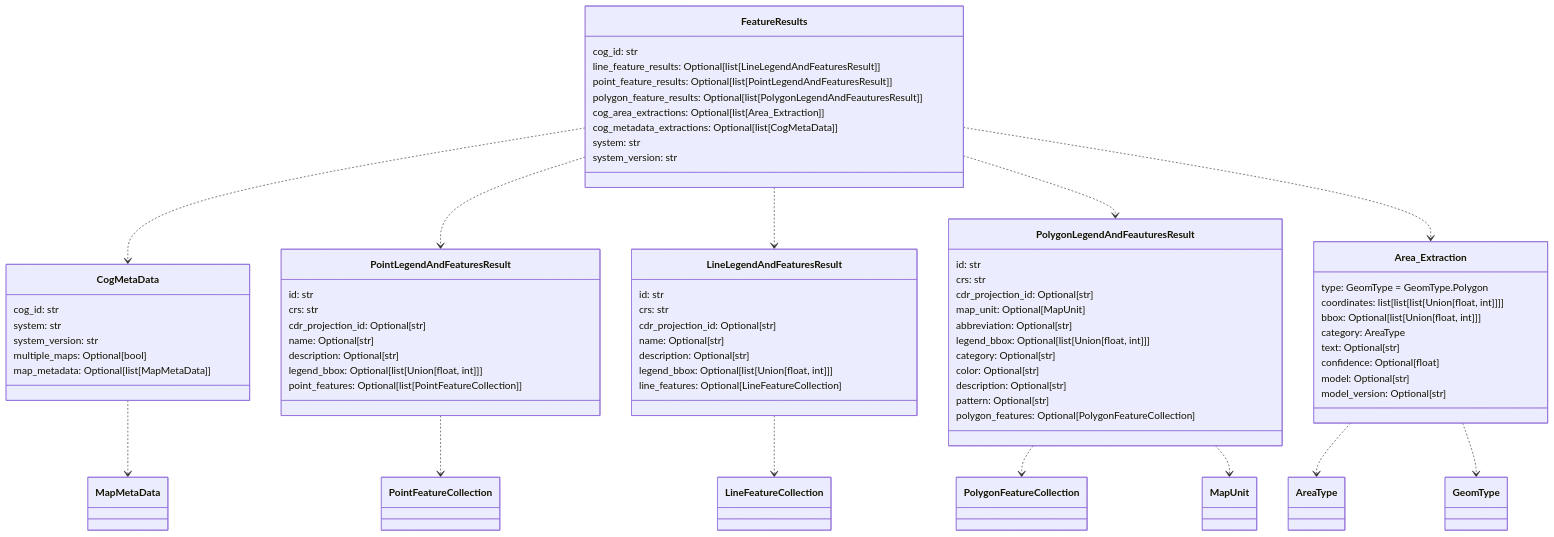
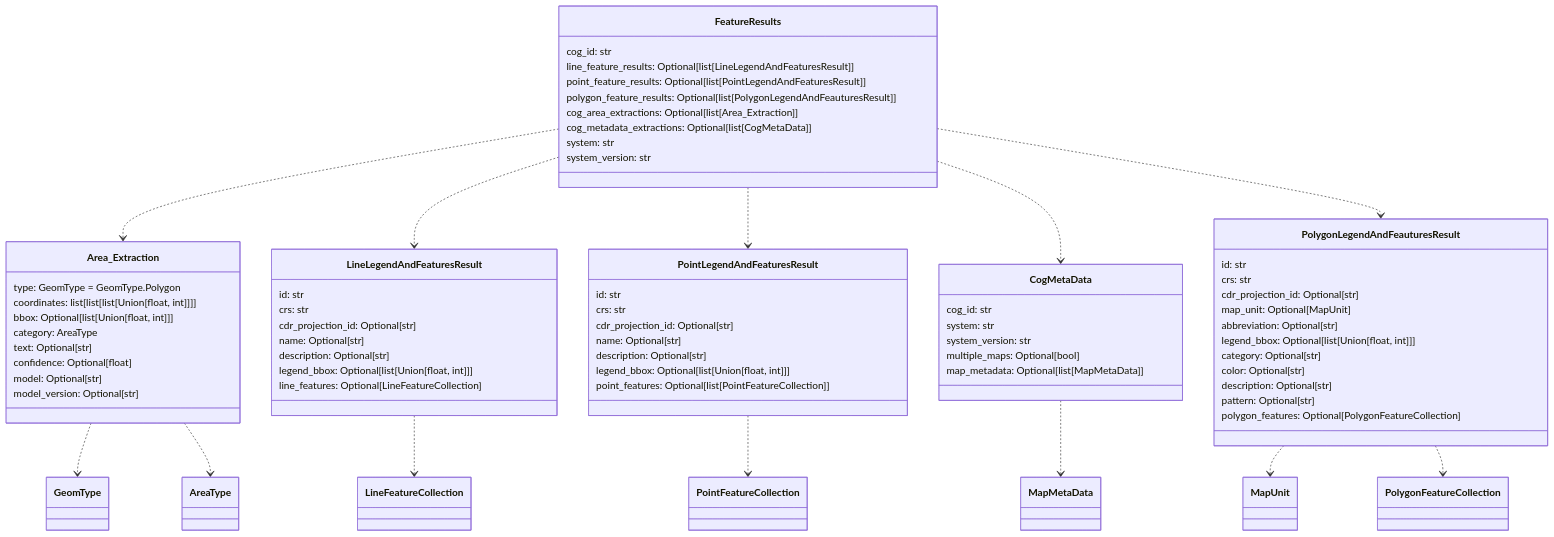
The fourth of 12 diagrams in README.md (DARPA-CRITICALMAAS/cdr_schemas), drawn with Mermaid before and after one commit. The commit also changed other lines of this file and 1 other file, not shown here.

Commit message:
doc metadata + upload schema

````diff
--- a/README.md
+++ b/README.md
@@ -235,82 +235,82 @@
 ```mermaid
 classDiagram
 
-    class CogMetaData {
-        cog_id: str
-        system: str
-        system_version: str
-        multiple_maps: Optional[bool]
-        map_metadata: Optional[list[MapMetaData]]
+    class Area_Extraction {
+        type: GeomType = GeomType.Polygon
+        coordinates: list[list[list[Union[float, int]]]]
+        bbox: Optional[list[Union[float, int]]]
+        category: AreaType
+        text: Optional[str]
+        confidence: Optional[float]
+        model: Optional[str]
+        model_version: Optional[str]
+    }
+
+    class LineLegendAndFeaturesResult {
+        id: str
+        crs: str
+        cdr_projection_id: Optional[str]
+        name: Optional[str]
+        description: Optional[str]
+        legend_bbox: Optional[list[Union[float, int]]]
+        line_features: Optional[LineFeatureCollection]
     }
 
     class PointLegendAndFeaturesResult {
         id: str
         crs: str
         cdr_projection_id: Optional[str]
         name: Optional[str]
         description: Optional[str]
         legend_bbox: Optional[list[Union[float, int]]]
         point_features: Optional[list[PointFeatureCollection]]
     }
 
     class FeatureResults {
         cog_id: str
         line_feature_results: Optional[list[LineLegendAndFeaturesResult]]
         point_feature_results: Optional[list[PointLegendAndFeaturesResult]]
         polygon_feature_results: Optional[list[PolygonLegendAndFeauturesResult]]
         cog_area_extractions: Optional[list[Area_Extraction]]
         cog_metadata_extractions: Optional[list[CogMetaData]]
         system: str
         system_version: str
     }
 
-    class LineLegendAndFeaturesResult {
-        id: str
-        crs: str
-        cdr_projection_id: Optional[str]
-        name: Optional[str]
-        description: Optional[str]
-        legend_bbox: Optional[list[Union[float, int]]]
-        line_features: Optional[LineFeatureCollection]
+    class CogMetaData {
+        cog_id: str
+        system: str
+        system_version: str
+        multiple_maps: Optional[bool]
+        map_metadata: Optional[list[MapMetaData]]
     }
 
     class PolygonLegendAndFeauturesResult {
         id: str
         crs: str
         cdr_projection_id: Optional[str]
         map_unit: Optional[MapUnit]
         abbreviation: Optional[str]
         legend_bbox: Optional[list[Union[float, int]]]
         category: Optional[str]
         color: Optional[str]
         description: Optional[str]
         pattern: Optional[str]
         polygon_features: Optional[PolygonFeatureCollection]
     }
 
-    class Area_Extraction {
-        type: GeomType = GeomType.Polygon
-        coordinates: list[list[list[Union[float, int]]]]
-        bbox: Optional[list[Union[float, int]]]
-        category: AreaType
-        text: Optional[str]
-        confidence: Optional[float]
-        model: Optional[str]
-        model_version: Optional[str]
-    }
-
+    Area_Extraction ..> GeomType
     Area_Extraction ..> AreaType
-    Area_Extraction ..> GeomType
     LineLegendAndFeaturesResult ..> LineFeatureCollection
     PointLegendAndFeaturesResult ..> PointFeatureCollection
+    PolygonLegendAndFeauturesResult ..> MapUnit
     PolygonLegendAndFeauturesResult ..> PolygonFeatureCollection
-    PolygonLegendAndFeauturesResult ..> MapUnit
     CogMetaData ..> MapMetaData
+    FeatureResults ..> Area_Extraction
+    FeatureResults ..> LineLegendAndFeaturesResult
+    FeatureResults ..> PointLegendAndFeaturesResult
     FeatureResults ..> CogMetaData
-    FeatureResults ..> PointLegendAndFeaturesResult
-    FeatureResults ..> LineLegendAndFeaturesResult
     FeatureResults ..> PolygonLegendAndFeauturesResult
-    FeatureResults ..> Area_Extraction
 
 
 ```
````
